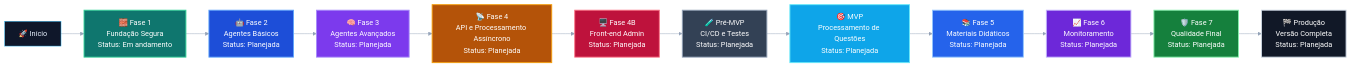
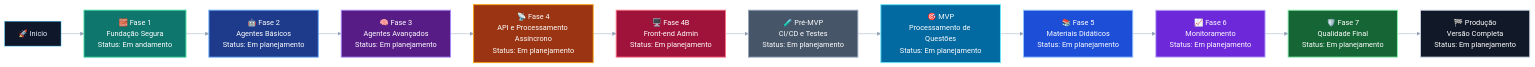
One commit to matheusdiamantino-betalent/IA changed the first of 8 diagrams in README.md. Above: the diagram before and after it, drawn with Mermaid. The commit also changed other lines of this file, not shown here.

````diff
--- a/README.md
+++ b/README.md
@@ -257,40 +257,62 @@
 ```mermaid
 %%{init: {
   "theme": "base",
   "themeVariables": {
     "background": "#06121f",
     "primaryColor": "#0f172a",
     "primaryTextColor": "#e5eefb",
     "primaryBorderColor": "#38bdf8",
     "secondaryColor": "#111827",
     "secondaryTextColor": "#e5eefb",
     "tertiaryColor": "#0b1220",
     "tertiaryTextColor": "#e5eefb",
     "lineColor": "#94a3b8"
   }
 }}%%
 flowchart LR
-    A["🚀 Início"] --> B["🧱 Fase 1\nFundação Segura\nStatus: Em andamento"]
-    B --> C["🤖 Fase 2\nAgentes Básicos\nStatus: Planejada"]
-    C --> D["🧠 Fase 3\nAgentes Avançados\nStatus: Planejada"]
-    D --> E["📡 Fase 4\nAPI e Processamento Assíncrono\nStatus: Planejada"]
-    E --> F["🖥️ Fase 4B\nFront-end Admin\nStatus: Planejada"]
-    F --> G["🧪 Pré-MVP\nCI/CD e Testes\nStatus: Planejada"]
-    G --> H["🎯 MVP\nProcessamento de Questões\nStatus: Planejada"]
-    H --> I["📚 Fase 5\nMateriais Didáticos\nStatus: Planejada"]
-    I --> J["📈 Fase 6\nMonitoramento\nStatus: Planejada"]
-    J --> K["🛡️ Fase 7\nQualidade Final\nStatus: Planejada"]
-    K --> L["🏁 Produção\nVersão Completa\nStatus: Planejada"]
+    A["🚀 Início"] --> B["🧱 Fase 1
+Fundação Segura
+Status: Em andamento"]
+    B --> C["🤖 Fase 2
+Agentes Básicos
+Status: Em planejamento"]
+    C --> D["🧠 Fase 3
+Agentes Avançados
+Status: Em planejamento"]
+    D --> E["📡 Fase 4
+API e Processamento Assíncrono
+Status: Em planejamento"]
+    E --> F["🖥️ Fase 4B
+Front-end Admin
+Status: Em planejamento"]
+    F --> G["🧪 Pré-MVP
+CI/CD e Testes
+Status: Em planejamento"]
+    G --> H["🎯 MVP
+Processamento de Questões
+Status: Em planejamento"]
+    H --> I["📚 Fase 5
+Materiais Didáticos
+Status: Em planejamento"]
+    I --> J["📈 Fase 6
+Monitoramento
+Status: Em planejamento"]
+    J --> K["🛡️ Fase 7
+Qualidade Final
+Status: Em planejamento"]
+    K --> L["🏁 Produção
+Versão Completa
+Status: Em planejamento"]
 
     style B fill:#0f766e,stroke:#34d399,stroke-width:2px,color:#ffffff
-    style C fill:#1d4ed8,stroke:#60a5fa,stroke-width:2px,color:#ffffff
-    style D fill:#7c3aed,stroke:#a78bfa,stroke-width:2px,color:#ffffff
-    style E fill:#b45309,stroke:#f59e0b,stroke-width:2px,color:#ffffff
-    style F fill:#be123c,stroke:#fb7185,stroke-width:2px,color:#ffffff
-    style G fill:#334155,stroke:#94a3b8,stroke-width:2px,color:#ffffff
-    style H fill:#0ea5e9,stroke:#67e8f9,stroke-width:2px,color:#ffffff
-    style I fill:#2563eb,stroke:#93c5fd,stroke-width:2px,color:#ffffff
+    style C fill:#1e3a8a,stroke:#60a5fa,stroke-width:2px,color:#ffffff
+    style D fill:#581c87,stroke:#a78bfa,stroke-width:2px,color:#ffffff
+    style E fill:#9a3412,stroke:#f59e0b,stroke-width:2px,color:#ffffff
+    style F fill:#9f1239,stroke:#fb7185,stroke-width:2px,color:#ffffff
+    style G fill:#475569,stroke:#94a3b8,stroke-width:2px,color:#ffffff
+    style H fill:#0369a1,stroke:#67e8f9,stroke-width:2px,color:#ffffff
+    style I fill:#1d4ed8,stroke:#93c5fd,stroke-width:2px,color:#ffffff
     style J fill:#6d28d9,stroke:#c4b5fd,stroke-width:2px,color:#ffffff
-    style K fill:#15803d,stroke:#86efac,stroke-width:2px,color:#ffffff
+    style K fill:#166534,stroke:#86efac,stroke-width:2px,color:#ffffff
     style L fill:#111827,stroke:#cbd5e1,stroke-width:2px,color:#ffffff
 ```
````
